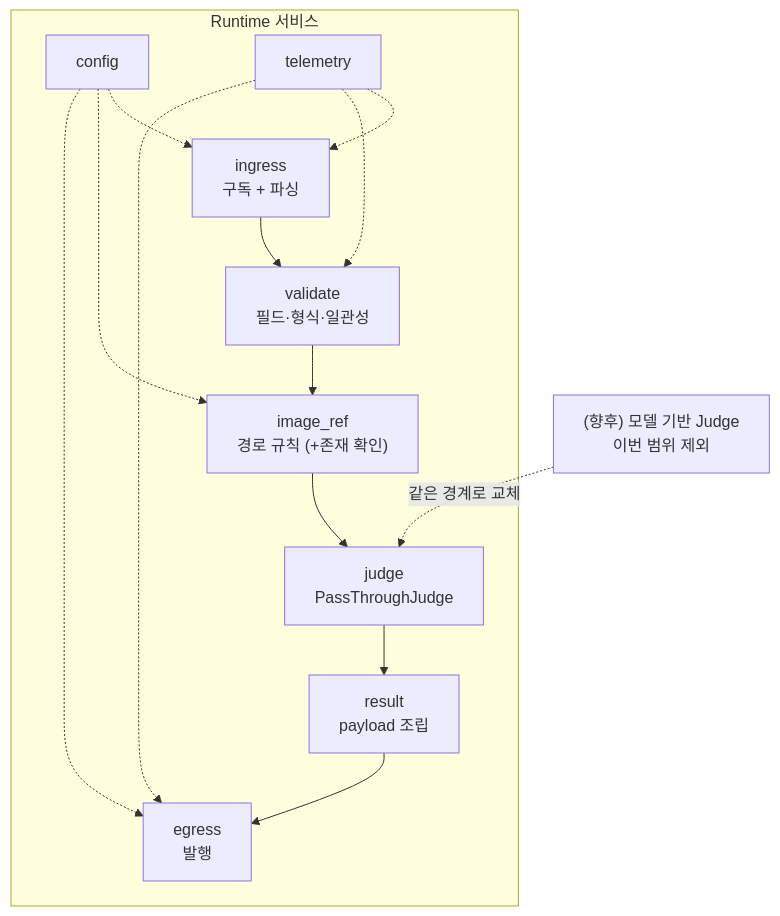
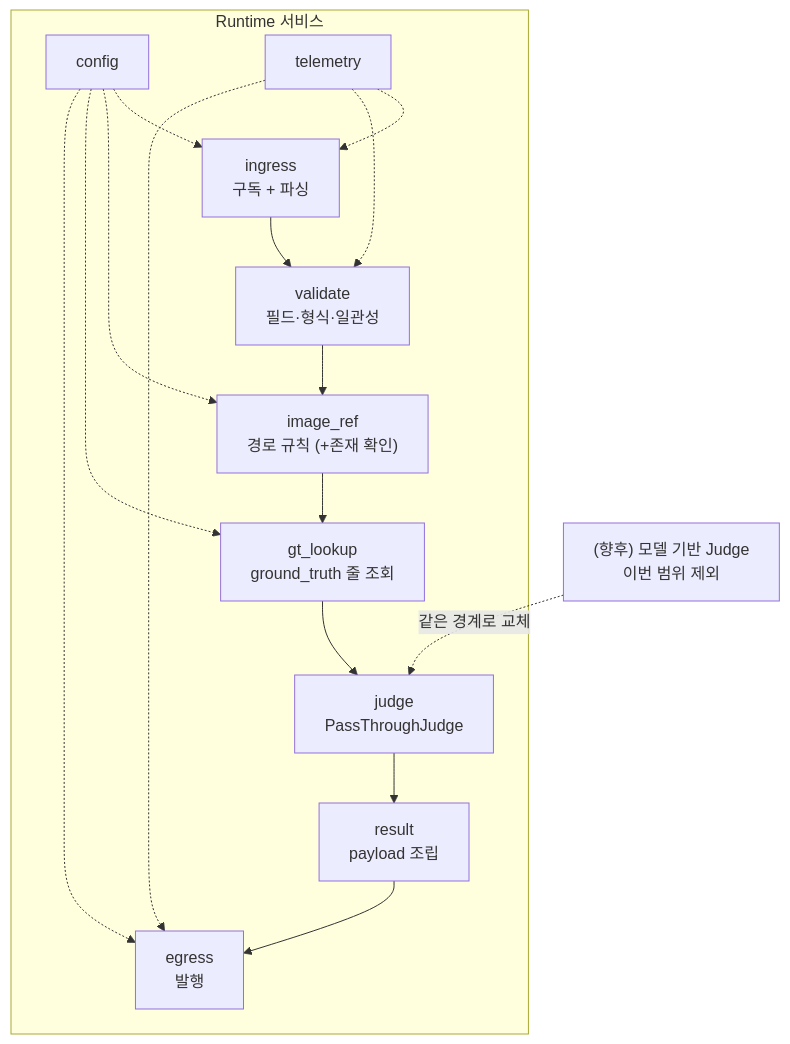
Before and after one commit to dltndn-personal-project/smart-factory-vision-inspection: the second of 3 diagrams in docs/ARCHITECTURE.md, drawn with Mermaid. The commit also changed other lines of this file and 1 other file, not shown here.

First line of the commit message:
docs: D-6 재결정 (Ground Truth 파일 읽기) 반영과 Shared PR #6 게시 기록

````diff
--- a/docs/ARCHITECTURE.md
+++ b/docs/ARCHITECTURE.md
@@ -144,18 +147,19 @@
 ```mermaid
 flowchart TB
     subgraph Runtime["Runtime 서비스"]
         CFG["config"]
         ING["ingress<br/>구독 + 파싱"]
         VAL["validate<br/>필드·형식·일관성"]
         IMR["image_ref<br/>경로 규칙 (+존재 확인)"]
+        GTL["gt_lookup<br/>ground_truth 줄 조회"]
         JDG["judge<br/>PassThroughJudge"]
         RES["result<br/>payload 조립"]
         EGR["egress<br/>발행"]
         TEL["telemetry"]
-        ING --> VAL --> IMR --> JDG --> RES --> EGR
-        CFG -.-> ING & IMR & EGR
+        ING --> VAL --> IMR --> GTL --> JDG --> RES --> EGR
+        CFG -.-> ING & IMR & GTL & EGR
         TEL -.-> ING & VAL & EGR
     end
     FUT["(향후) 모델 기반 Judge<br/>이번 범위 제외"]
     FUT -. "같은 경계로 교체" .-> JDG
 ```
````
